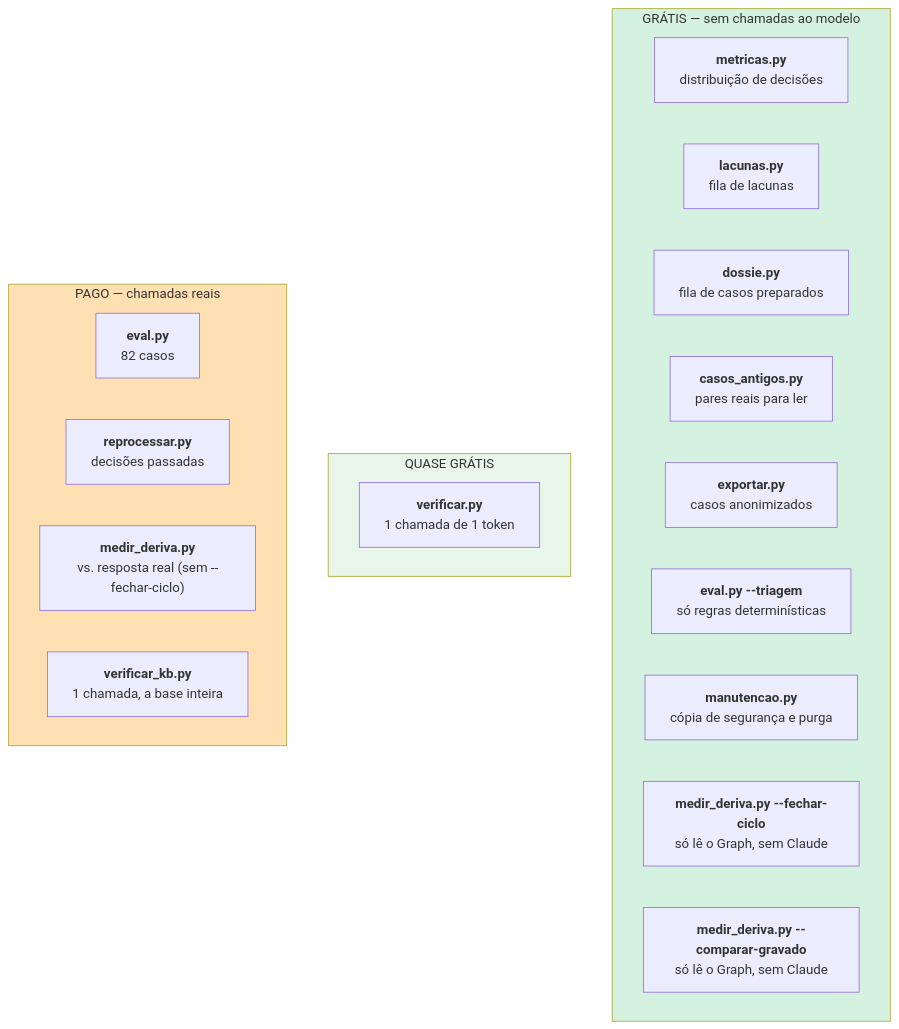
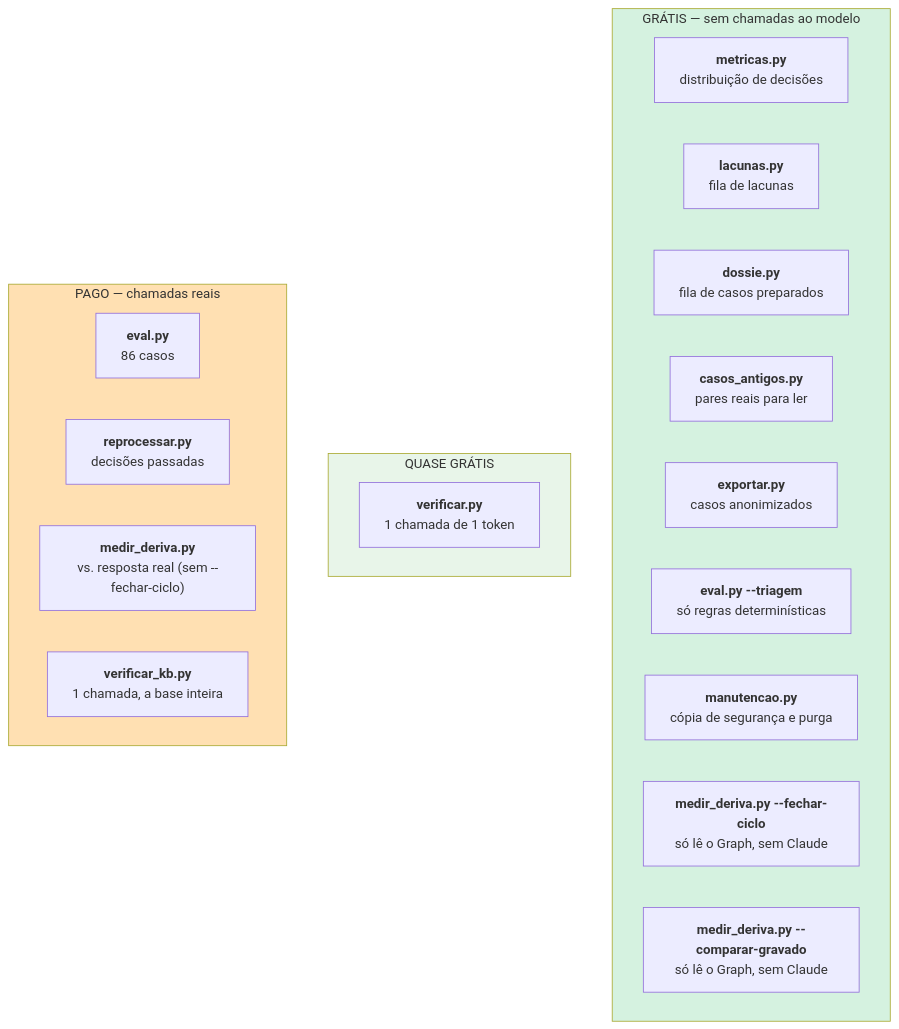
One commit to joaocarvalhini/Outlook-Reply-Assistant changed the diagram in docs/06-engineering/operations.md. Above: the diagram before and after it, drawn with Mermaid. The commit also changed 10 other files, not shown here.

````diff
--- a/docs/06-engineering/operations.md
+++ b/docs/06-engineering/operations.md
@@ -22,26 +22,26 @@
 ```mermaid
 flowchart TB
     subgraph G["GRÁTIS — sem chamadas ao modelo"]
         G1["<b>metricas.py</b><br/>distribuição de decisões"]
         G2["<b>lacunas.py</b><br/>fila de lacunas"]
         G3["<b>dossie.py</b><br/>fila de casos preparados"]
         G4["<b>casos_antigos.py</b><br/>pares reais para ler"]
         G5["<b>exportar.py</b><br/>casos anonimizados"]
         G6["<b>eval.py --triagem</b><br/>só regras determinísticas"]
         G7["<b>manutencao.py</b><br/>cópia de segurança e purga"]
         G8["<b>medir_deriva.py --fechar-ciclo</b><br/>só lê o Graph, sem Claude"]
         G9["<b>medir_deriva.py --comparar-gravado</b><br/>só lê o Graph, sem Claude"]
     end
     subgraph Q["QUASE GRÁTIS"]
         Q1["<b>verificar.py</b><br/>1 chamada de 1 token"]
     end
     subgraph P["PAGO — chamadas reais"]
-        P1["<b>eval.py</b><br/>82 casos"]
+        P1["<b>eval.py</b><br/>86 casos"]
         P2["<b>reprocessar.py</b><br/>decisões passadas"]
         P3["<b>medir_deriva.py</b><br/>vs. resposta real (sem --fechar-ciclo)"]
         P4["<b>verificar_kb.py</b><br/>1 chamada, a base inteira"]
     end
     style G fill:#d5f2e0
     style Q fill:#e8f5e9
     style P fill:#ffe0b2
 ```
````
